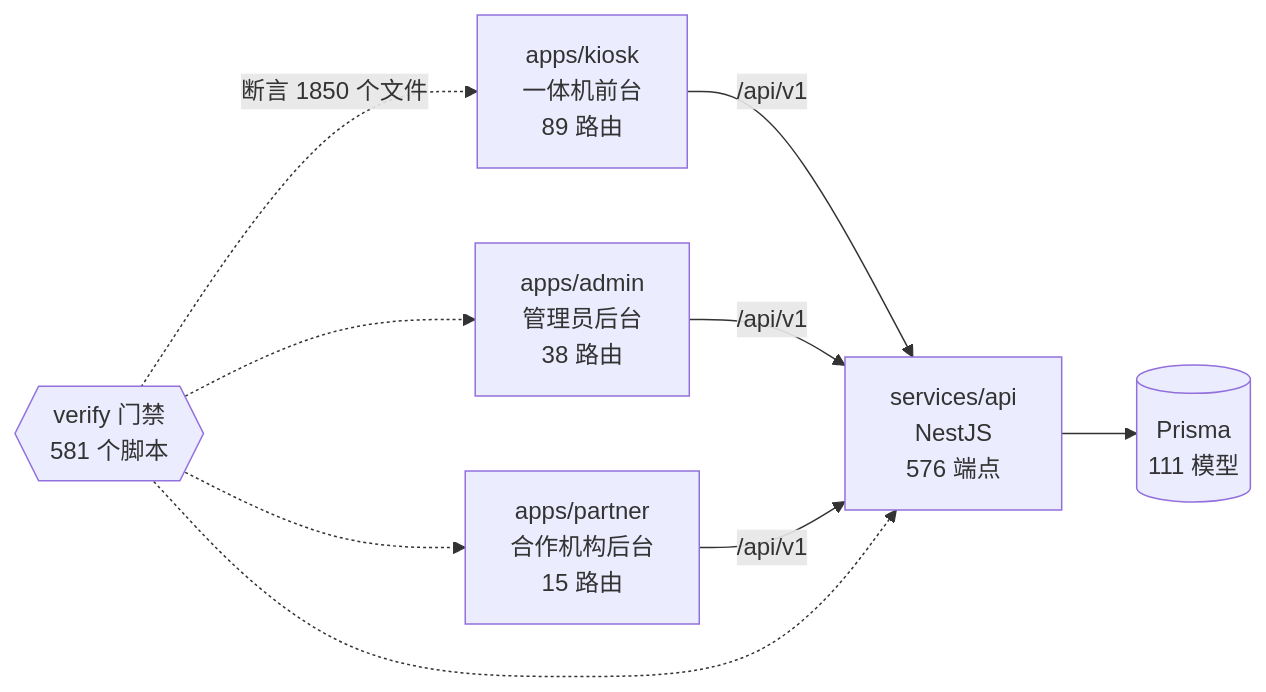
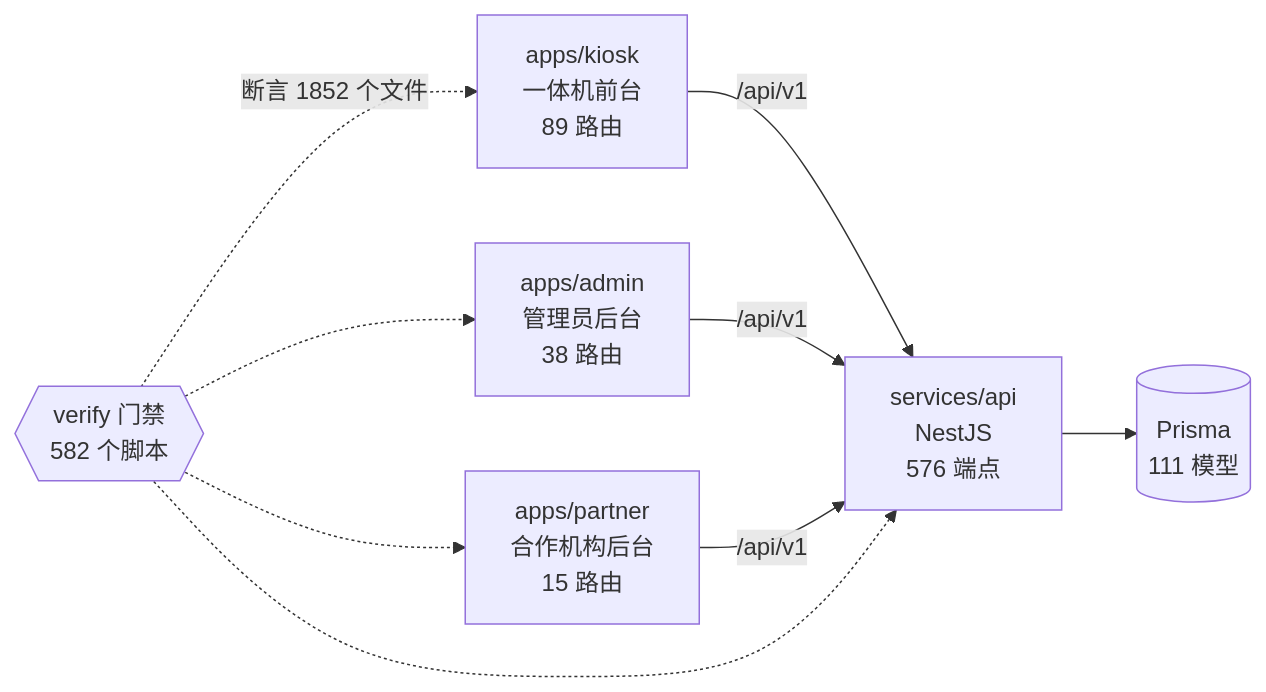
Before and after one commit to wanglei581/YITIJI: the diagram in docs/graph/README.md, drawn with Mermaid. The commit also changed other lines of this file and 3 other files, not shown here.

Commit message:
docs: 字体子集记进度，重生图谱

````diff
--- a/docs/graph/README.md
+++ b/docs/graph/README.md
@@ -68,18 +68,18 @@
 ```mermaid
 flowchart LR
   kiosk["apps/kiosk<br/>一体机前台<br/>89 路由"]
   admin["apps/admin<br/>管理员后台<br/>38 路由"]
   partner["apps/partner<br/>合作机构后台<br/>15 路由"]
   api["services/api<br/>NestJS<br/>576 端点"]
   db[("Prisma<br/>111 模型")]
-  gates{{"verify 门禁<br/>581 个脚本"}}
+  gates{{"verify 门禁<br/>582 个脚本"}}
 
   kiosk -->|"/api/v1"| api
   admin -->|"/api/v1"| api
   partner -->|"/api/v1"| api
   api --> db
-  gates -.->|"断言 1850 个文件"| kiosk
+  gates -.->|"断言 1852 个文件"| kiosk
   gates -.-> admin
   gates -.-> partner
   gates -.-> api
 ```
````
